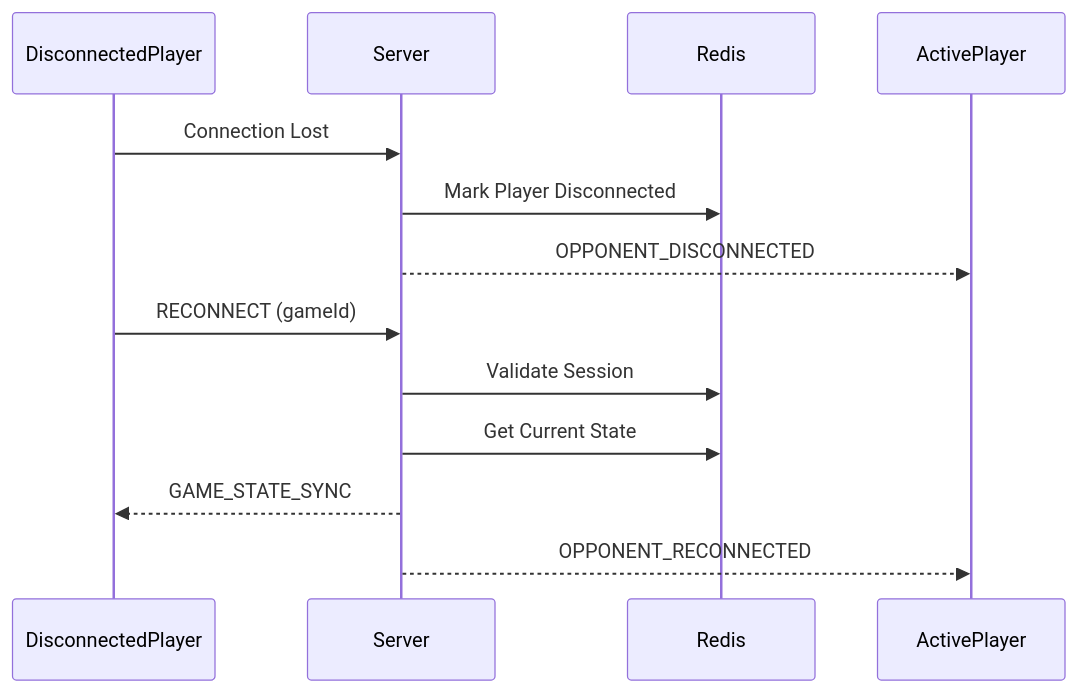
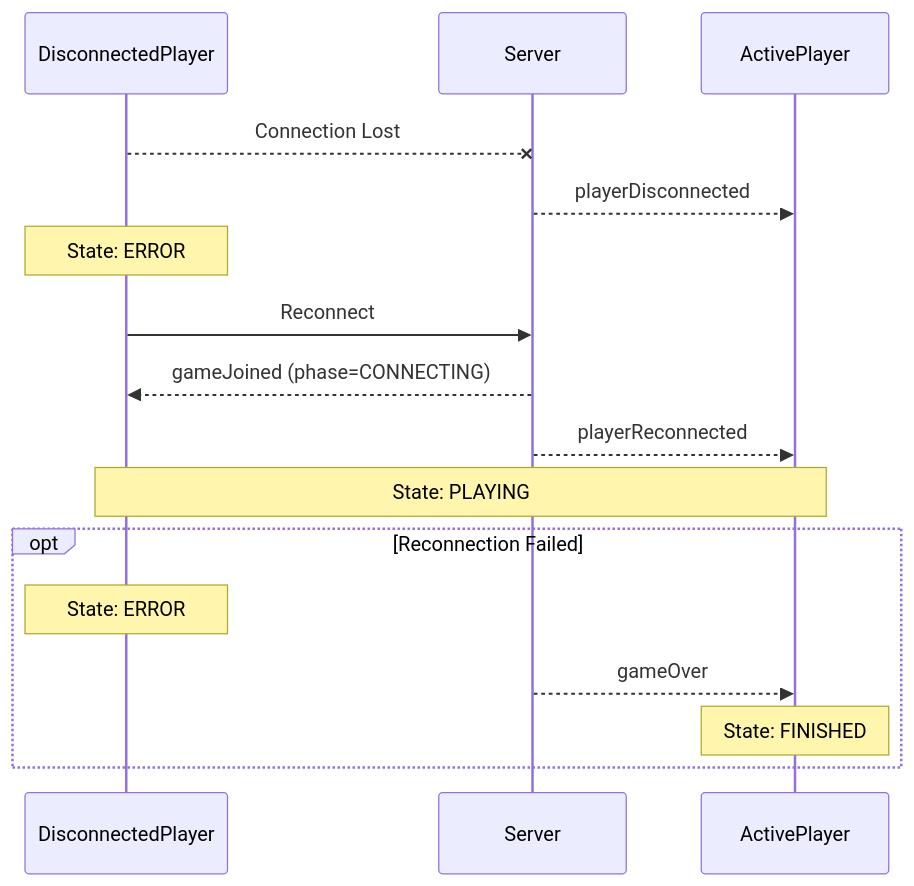
One commit to vcb88/ctorgame changed the fifth of 5 diagrams in docs/GAME_FLOW.md. Above: the diagram before and after it, drawn with Mermaid. The commit also changed other lines of this file, not shown here.

Commit message:
docs: update game flow documentation with new state machine and event protocol

````diff
--- a/docs/GAME_FLOW.md
+++ b/docs/GAME_FLOW.md
@@ -203,17 +168,21 @@
 ```mermaid
 sequenceDiagram
     participant DisconnectedPlayer
     participant Server
-    participant Redis
     participant ActivePlayer
     
-    DisconnectedPlayer->>Server: Connection Lost
-    Server->>Redis: Mark Player Disconnected
-    Server-->>ActivePlayer: OPPONENT_DISCONNECTED
+    DisconnectedPlayer--xServer: Connection Lost
+    Server-->>ActivePlayer: playerDisconnected
+    Note over DisconnectedPlayer: State: ERROR
     
-    DisconnectedPlayer->>Server: RECONNECT (gameId)
-    Server->>Redis: Validate Session
-    Server->>Redis: Get Current State
-    Server-->>DisconnectedPlayer: GAME_STATE_SYNC
-    Server-->>ActivePlayer: OPPONENT_RECONNECTED
+    DisconnectedPlayer->>Server: Reconnect
+    Server-->>DisconnectedPlayer: gameJoined (phase=CONNECTING)
+    Server-->>ActivePlayer: playerReconnected
+    Note over DisconnectedPlayer,ActivePlayer: State: PLAYING
+    
+    opt Reconnection Failed
+        Note over DisconnectedPlayer: State: ERROR
+        Server-->>ActivePlayer: gameOver
+        Note over ActivePlayer: State: FINISHED
+    end
 ```
````
